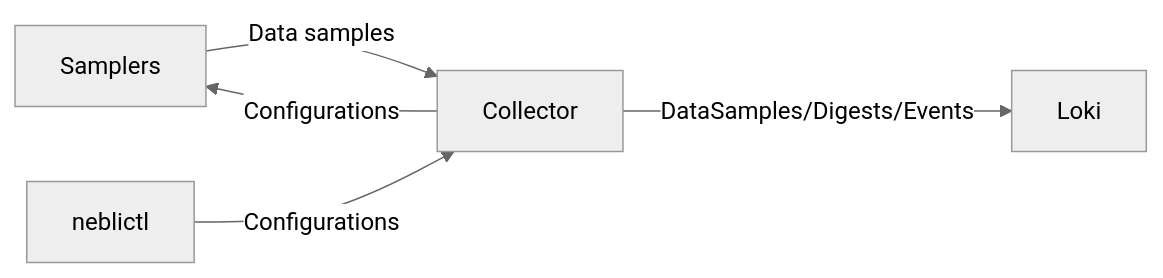
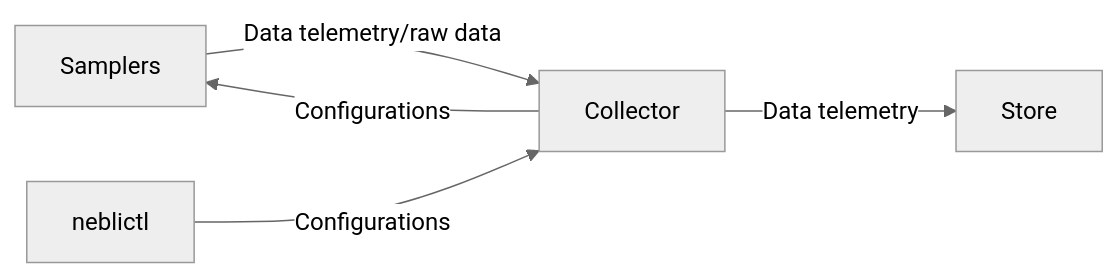
One commit to neblic/platform changed the diagram in docs/content/getting-started/usage.md. Above: the diagram before and after it, drawn with Mermaid (neutral theme). The commit also changed other lines of this file and 27 other files, not shown here.

````diff
--- a/docs/content/getting-started/usage.md
+++ b/docs/content/getting-started/usage.md
@@ -7,7 +7,7 @@
 ```mermaid
 graph LR;
-    Samplers--Data samples-->col[Collector]
+    Samplers--Data telemetry/raw data-->col[Collector]
     col--Configurations-->Samplers
-    col--DataSamples/Digests/Events -->Loki
+    col--Data telemetry -->Store
     ctl[neblictl]--Configurations-->col
 ```
````
